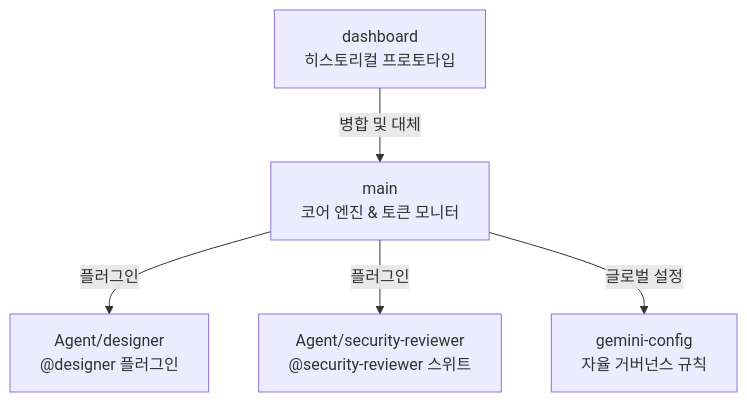
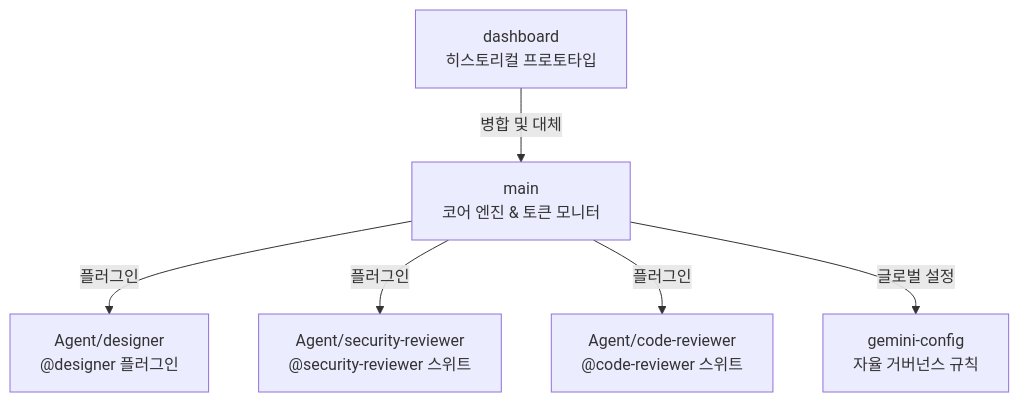
Before and after one commit to myk1yt/agy-tools: the second of 2 diagrams in README.ko.md, drawn with Mermaid. The commit also changed other lines of this file and 1 other file, not shown here.

Commit message:
docs: sync ecosystem catalog with Agent/code-reviewer suite

````diff
--- a/README.ko.md
+++ b/README.ko.md
@@ -75,13 +75,15 @@
 ```mermaid
 flowchart TD
     Core["main\n코어 엔진 & 토큰 모니터"]
     Des["Agent/designer\n@designer 플러그인"]
     Sec["Agent/security-reviewer\n@security-reviewer 스위트"]
+    CodeRev["Agent/code-reviewer\n@code-reviewer 스위트"]
     Gov["gemini-config\n자율 거버넌스 규칙"]
     Dash["dashboard\n히스토리컬 프로토타입"]
     
     Core -->|플러그인| Des
     Core -->|플러그인| Sec
+    Core -->|플러그인| CodeRev
     Core -->|글로벌 설정| Gov
     Dash -->|병합 및 대체| Core
 ```
````
